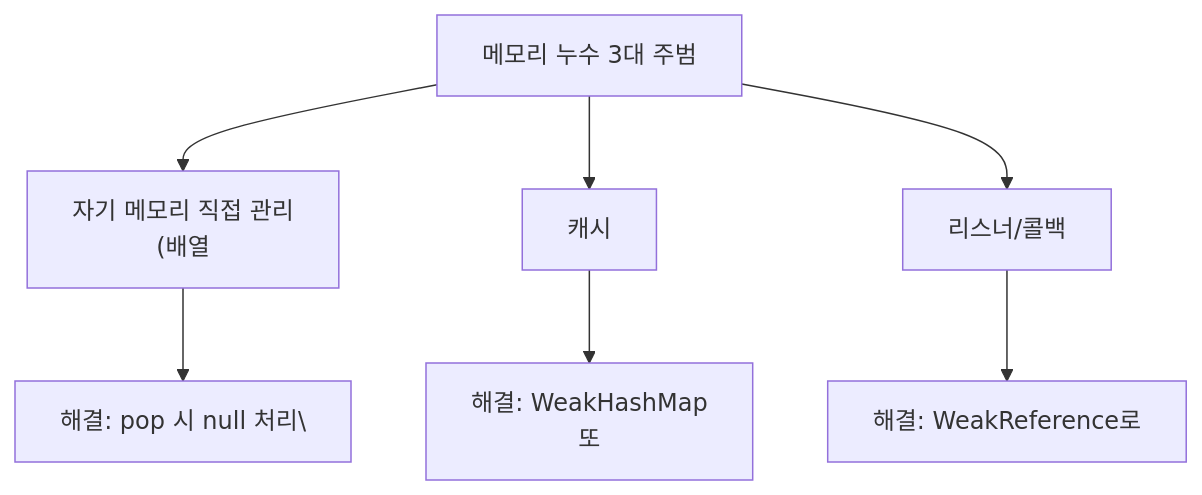
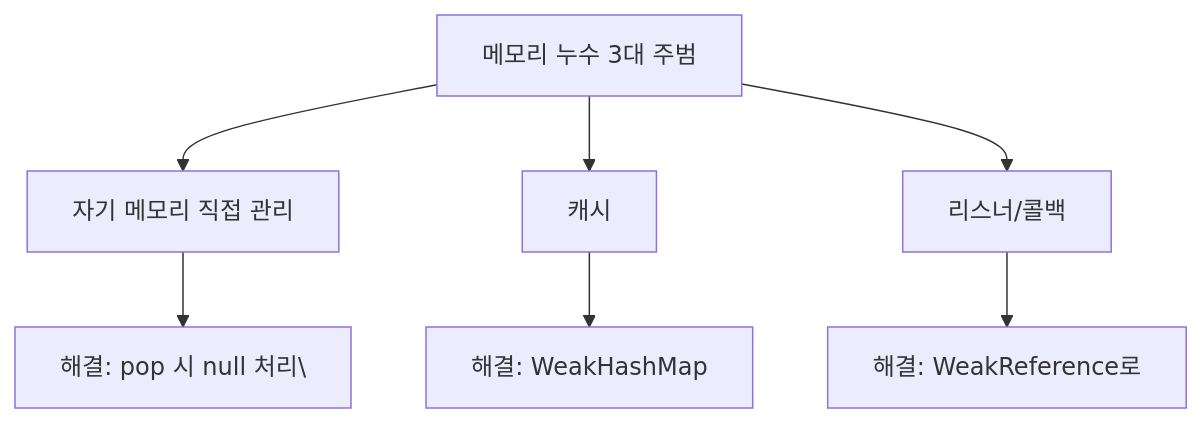
One commit to yjkim2015/yjkim2015.github.io changed the fourth of 4 diagrams in _posts/java/2021-12-20-effective-java7.md. Above: the diagram before and after it, drawn with Mermaid. The commit also changed other lines of this file and 217 other files, not shown here.

First line of the commit message:
Mermaid 크기 수정: useMaxWidth:true + SVG max-width:100% + 라벨 축소

````diff
--- a/_posts/java/2021-12-20-effective-java7.md
+++ b/_posts/java/2021-12-20-effective-java7.md
@@ -233,9 +233,9 @@
 ```mermaid
 graph TD
-    A["메모리 누수 3대 주범"] --> B["자기 메모리 직접 관리\n(배열"]
+    A["메모리 누수 3대 주범"] --> B["자기 메모리 직접 관리"]
     A --> C["캐시"]
     A --> D["리스너/콜백"]
     B --> B1["해결: pop 시 null 처리\"]
-    C --> C1["해결: WeakHashMap\n또"]
+    C --> C1["해결: WeakHashMap"]
     D --> D1["해결: WeakReference로"]
 ```
````
